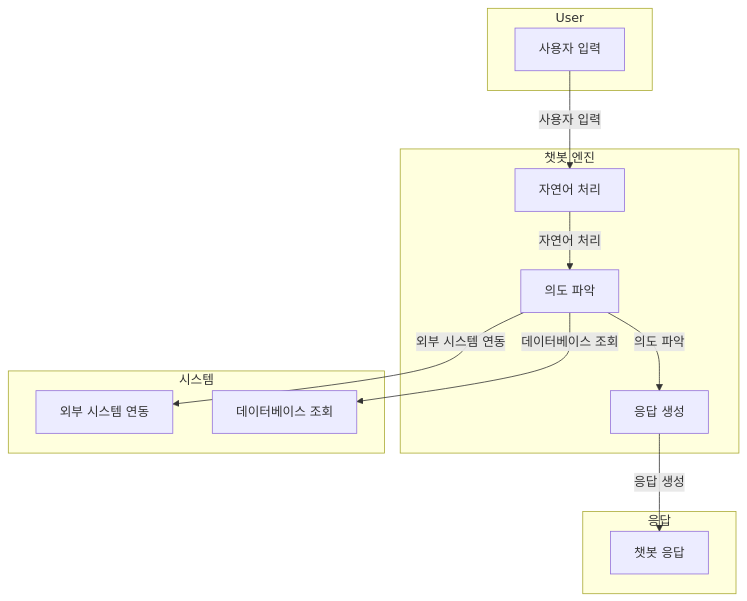
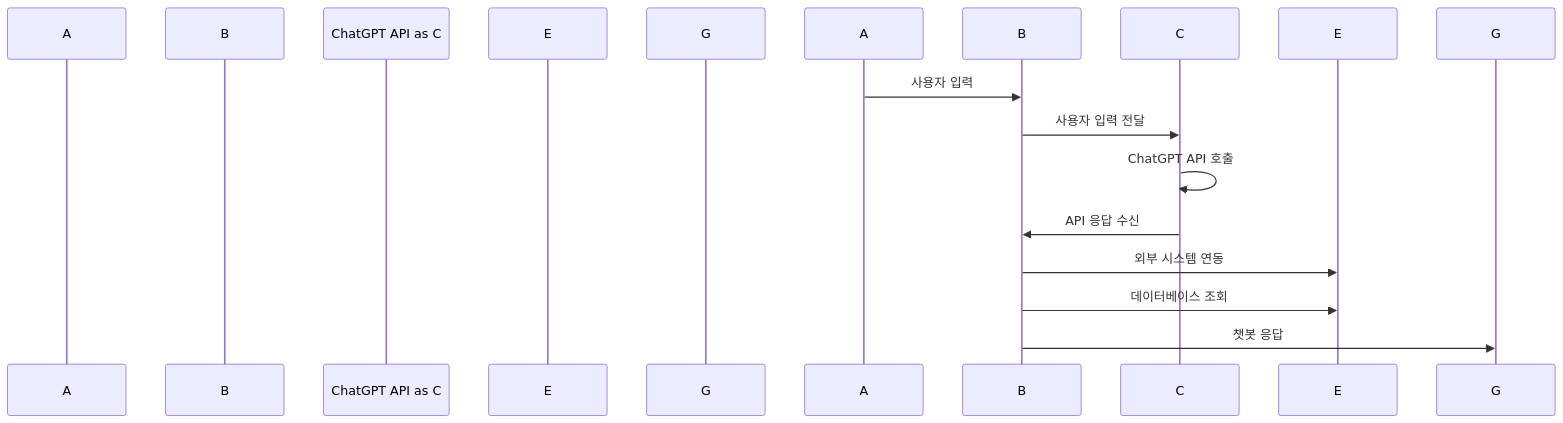
One commit to seungil1/recommand_tour changed the diagram in README.md. Above: the diagram before and after it, drawn with Mermaid.

````diff
--- a/README.md
+++ b/README.md
@@ -22,29 +22,16 @@
 ```mermaid
-graph TD
-  subgraph User
-    A[사용자 입력]
-  end
+sequenceDiagram
+  participant User as A
+  participant 챗봇엔진 as B
+  participant ChatGPT API as C
+  participant 시스템 as E
+  participant 응답 as G
 
-  subgraph 챗봇 엔진
-    B[자연어 처리]
-    C[의도 파악]
-    D[응답 생성]
-  end
-
-  subgraph 시스템
-    E[외부 시스템 연동]
-    F[데이터베이스 조회]
-  end
-
-  subgraph 응답
-    G[챗봇 응답]
-  end
-
-  A -->|사용자 입력| B
-  B -->|자연어 처리| C
-  C -->|의도 파악| D
-  D -->|응답 생성| G
-
-  C -->|외부 시스템 연동| E
-  C -->|데이터베이스 조회| F
+  A ->> B: 사용자 입력
+  B ->> C: 사용자 입력 전달
+  C ->> C: ChatGPT API 호출
+  C ->> B: API 응답 수신
+  B ->> E: 외부 시스템 연동
+  B ->> E: 데이터베이스 조회
+  B ->> G: 챗봇 응답
 ```
````
